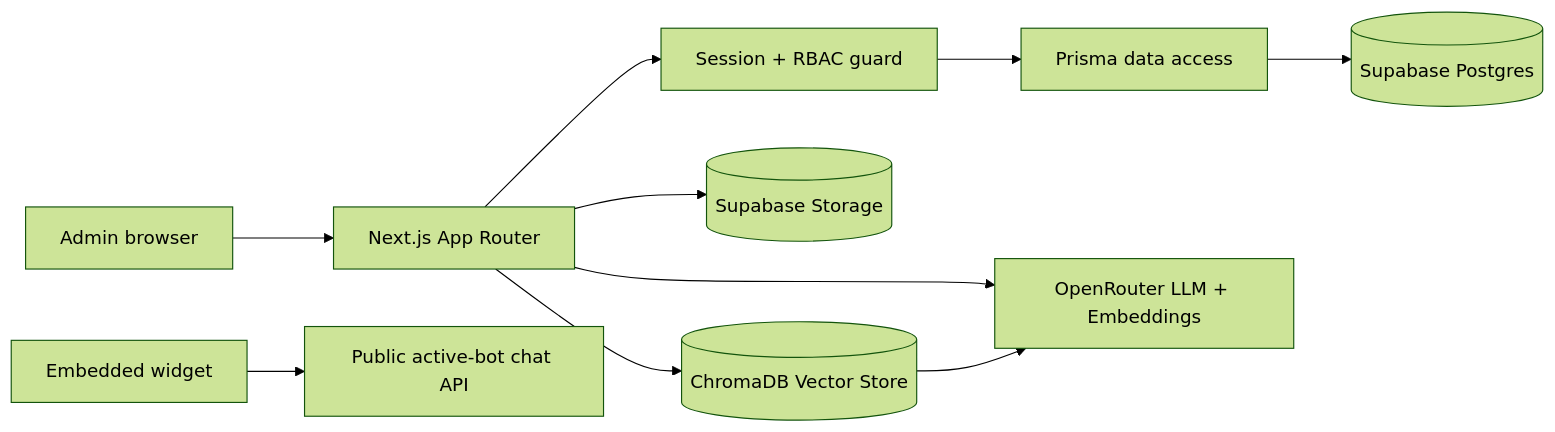
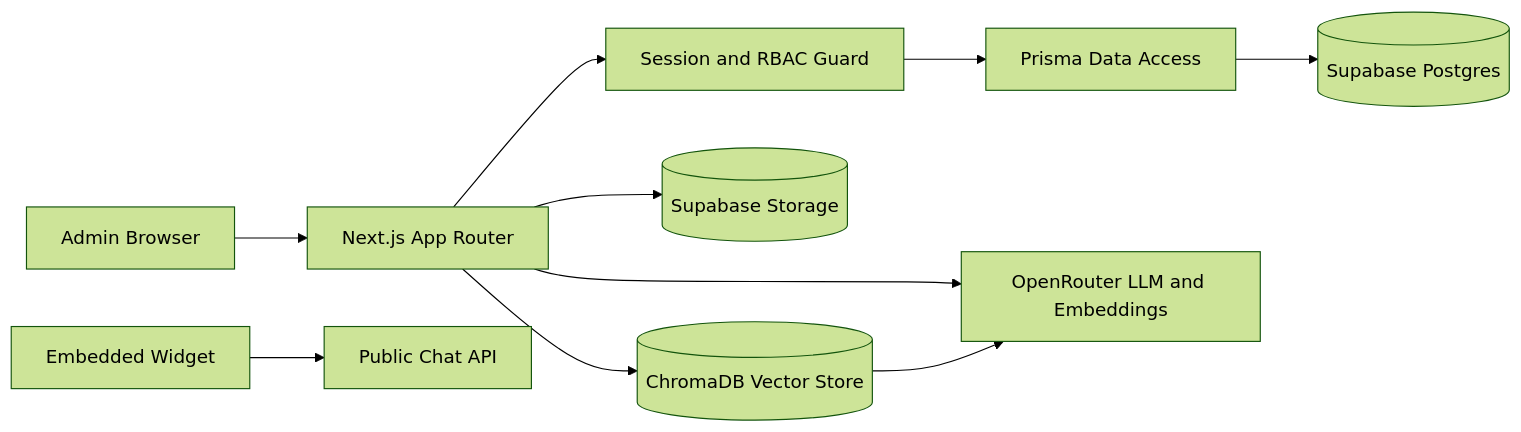
The diagram in README.md (abu-bakarr/AI-Engineering-Project), drawn with Mermaid (forest theme) before and after one commit. The commit also changed other lines of this file and 5 other files, not shown here.

````diff
--- a/README.md
+++ b/README.md
@@ -35,12 +25,12 @@
 ```mermaid
 flowchart LR
-  Browser[Admin browser] --> Next[Next.js App Router]
-  Widget[Embedded widget] --> ChatAPI[Public active-bot chat API]
-  Next --> Auth[Session + RBAC guard]
-  Auth --> Prisma[Prisma data access]
+  Browser[Admin Browser] --> Next[Next.js App Router]
+  Widget[Embedded Widget] --> ChatAPI[Public Chat API]
+  Next --> Auth[Session and RBAC Guard]
+  Auth --> Prisma[Prisma Data Access]
   Prisma --> Postgres[(Supabase Postgres)]
   Next --> Storage[(Supabase Storage)]
   Next --> Chroma[(ChromaDB Vector Store)]
-  Next --> LLM[OpenRouter LLM + Embeddings]
+  Next --> LLM[OpenRouter LLM and Embeddings]
   Chroma --> LLM
 ```
````
